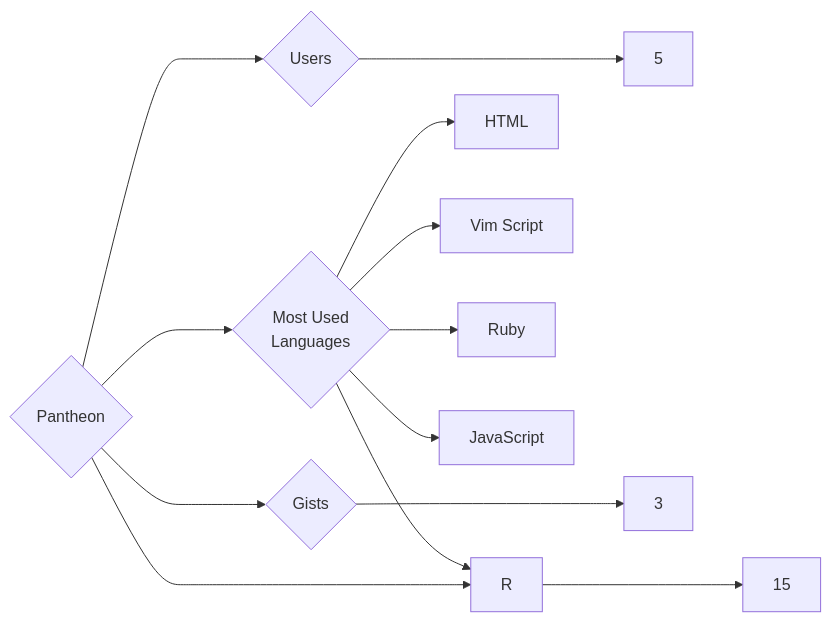
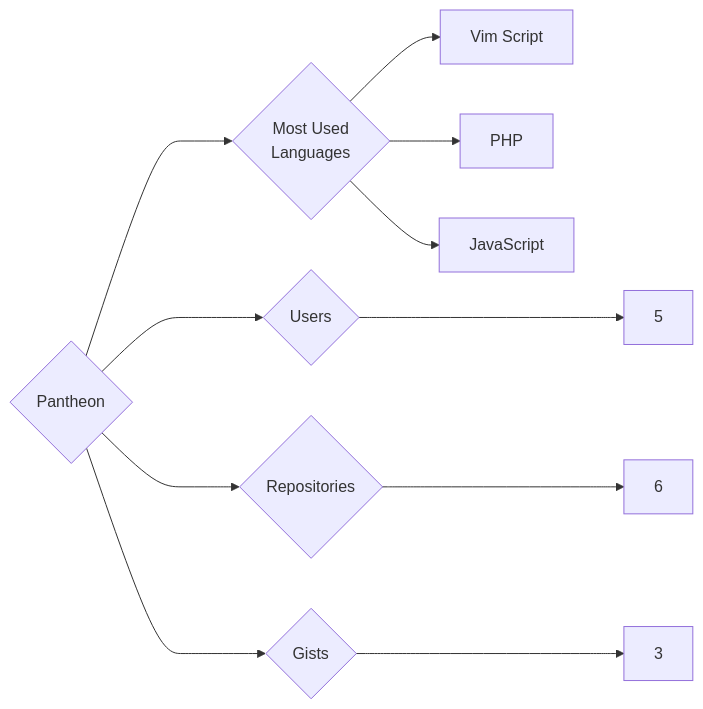
Before and after one commit to trickest/insiders: the diagram in targets/Pantheon/README.md, drawn with Mermaid. The commit also changed 877 other files, not shown here.

````diff
--- a/targets/Pantheon/README.md
+++ b/targets/Pantheon/README.md
@@ -3,13 +3,11 @@
 ```mermaid
 graph LR
 COMPANY_NAME{Pantheon}
 COMPANY_NAME ---> U{Users} ---> UN[5]
-COMPANY_NAME ---> R{Repositories} ---> RN[15]
+COMPANY_NAME ---> R{Repositories} ---> RN[6]
 COMPANY_NAME ---> G{Gists} ---> GN[3]
 COMPANY_NAME ---> ML{Most Used<br>Languages}
-ML --> HTML[HTML]
-ML --> R[R]
 ML --> Vim_Script[Vim Script]
-ML --> Ruby[Ruby]
+ML --> PHP[PHP]
 ML --> JavaScript[JavaScript]
 ```
````
